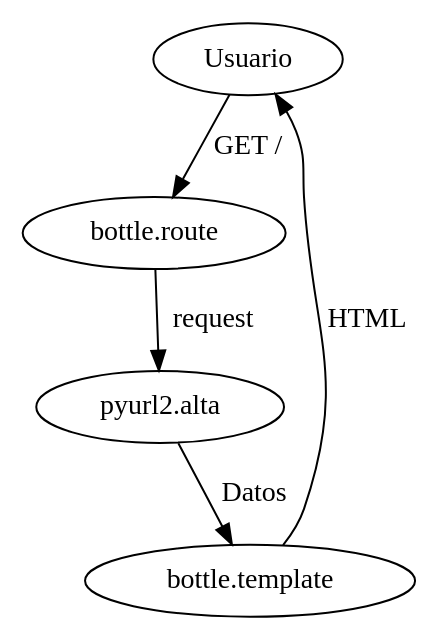
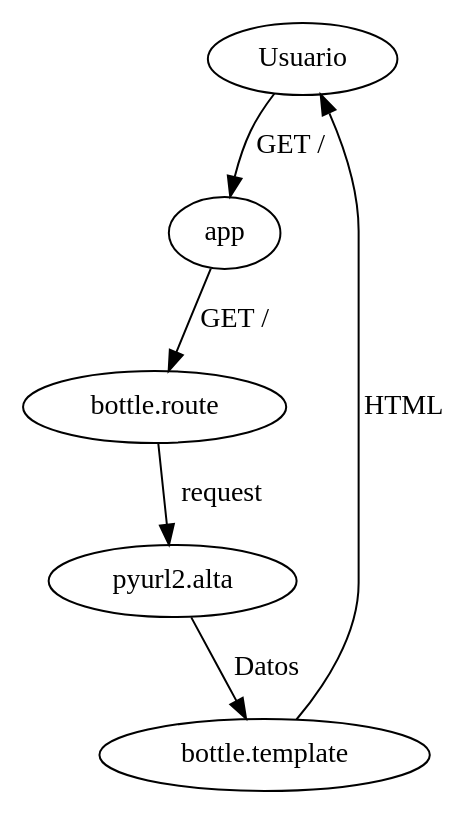
One commit to ralsina/python-no-muerde changed the diagram in middleware1.dot. Above: the diagram before and after it, drawn with Graphviz. The commit also changed 3 other files, not shown here.

```diff
--- a/middleware1.dot
+++ b/middleware1.dot
@@ -1,6 +1,7 @@
 digraph G {
-    Usuario -> "bottle.route" [label="GET /"]
+    Usuario -> "app" [label="GET /"]
+    app -> "bottle.route" [label="GET /"]
     "bottle.route" -> "pyurl2.alta" [label="request"]
     "pyurl2.alta" -> "bottle.template" [label=Datos]
     "bottle.template" -> Usuario [label=HTML]
 }
```
